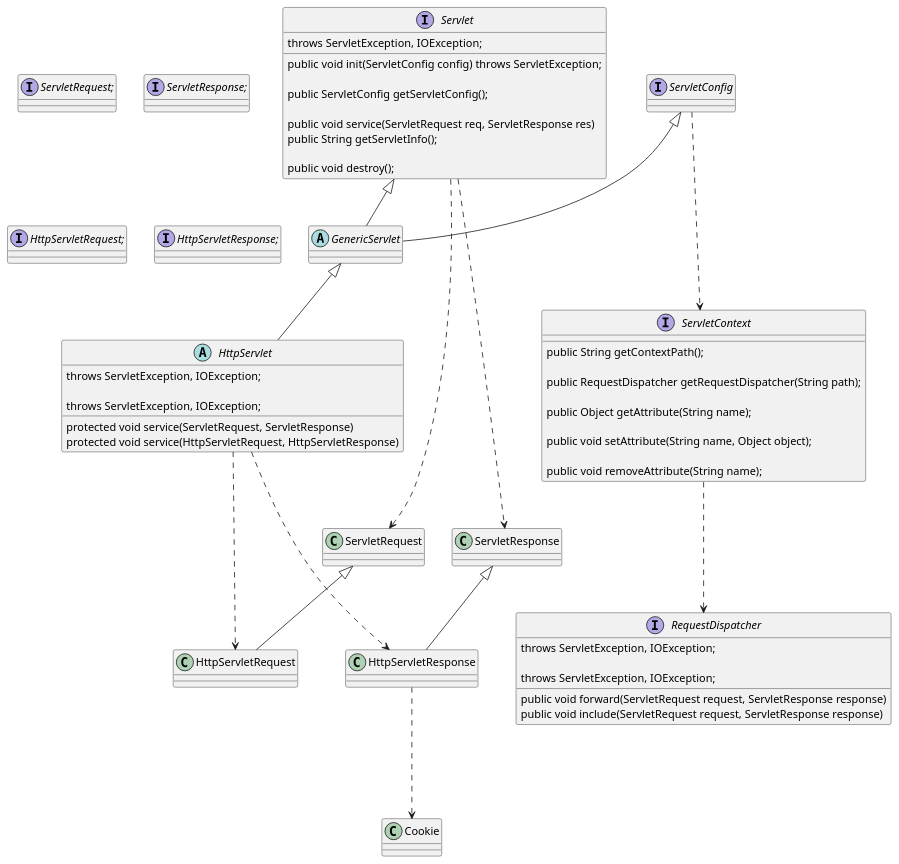
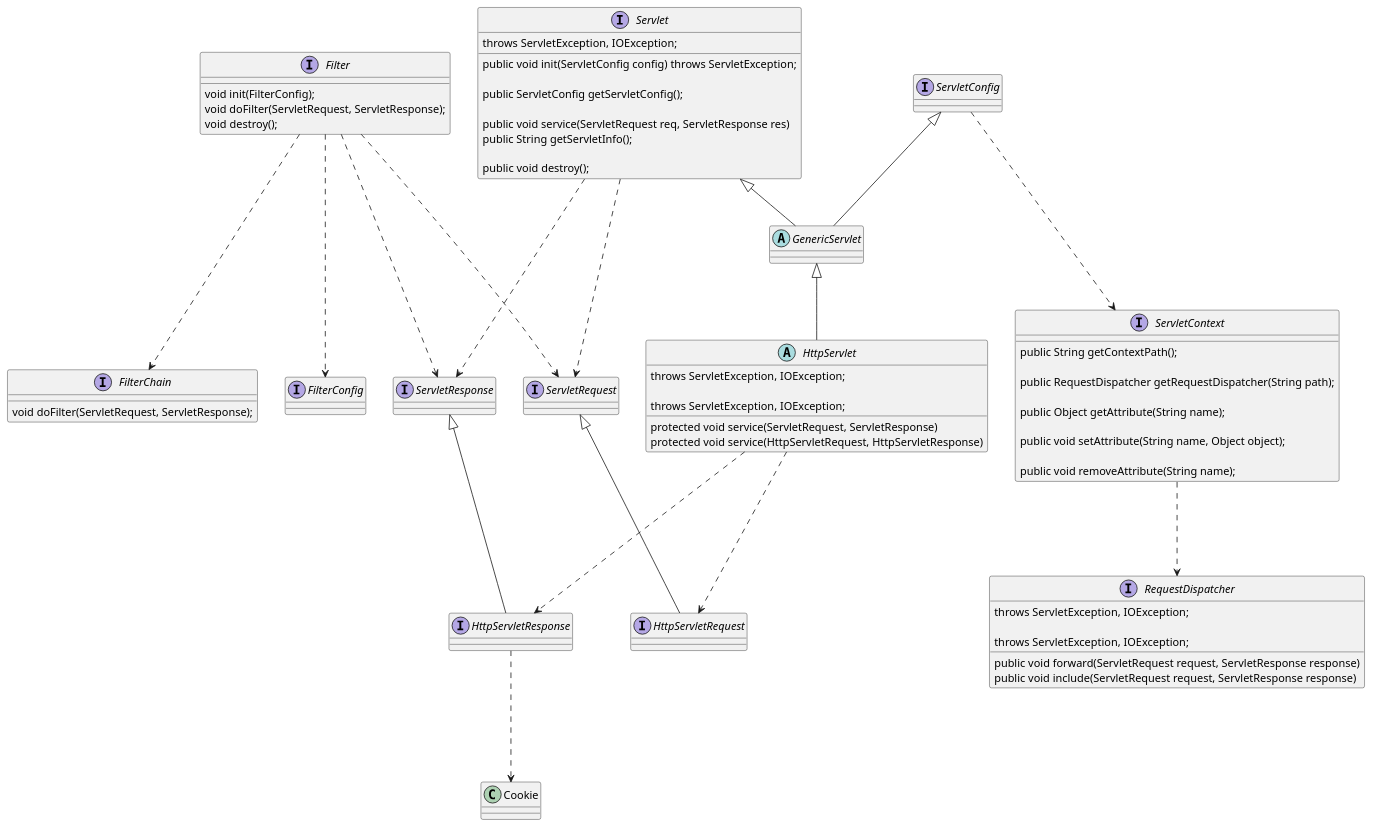
Before and after one commit to physicsLoveJava/java-miscellaneous: the diagram in casual-things/src/main/resources/framework-uml/java-sources/servlet/servlet.puml, drawn with PlantUML. The commit also changed 1 other file, not shown here.

Commit message:
add @java-sources servlet-filter

```diff
--- a/casual-things/src/main/resources/framework-uml/java-sources/servlet/servlet.puml
+++ b/casual-things/src/main/resources/framework-uml/java-sources/servlet/servlet.puml
@@ -1,70 +1,85 @@
 @startuml
 
 
 interface Servlet {
     public void init(ServletConfig config) throws ServletException;
 
     public ServletConfig getServletConfig();
 
     public void service(ServletRequest req, ServletResponse res)
     throws ServletException, IOException;
 
     public String getServletInfo();
 
     public void destroy();
 }
 
 interface ServletConfig
 
 abstract class GenericServlet
 
 abstract class HttpServlet {
     protected void service(ServletRequest, ServletResponse)
     throws ServletException, IOException;
 
     protected void service(HttpServletRequest, HttpServletResponse)
     throws ServletException, IOException;
 }
 
 interface ServletContext {
 
     public String getContextPath();
 
     public RequestDispatcher getRequestDispatcher(String path);
 
     public Object getAttribute(String name);
 
     public void setAttribute(String name, Object object);
 
     public void removeAttribute(String name);
 }
 
 interface RequestDispatcher {
     public void forward(ServletRequest request, ServletResponse response)
     	throws ServletException, IOException;
 
     public void include(ServletRequest request, ServletResponse response)
     	throws ServletException, IOException;
 }
 
-interface ServletRequest;
-interface ServletResponse;
-interface HttpServletRequest;
-interface HttpServletResponse;
+interface ServletRequest
+interface ServletResponse
+interface HttpServletRequest
+interface HttpServletResponse
+
+interface Filter {
+    void init(FilterConfig);
+    void doFilter(ServletRequest, ServletResponse);
+    void destroy();
+}
+
+interface FilterChain {
+    void doFilter(ServletRequest, ServletResponse);
+}
+
+interface FilterConfig
 
 Servlet <|-- GenericServlet
 ServletConfig <|-- GenericServlet
 GenericServlet <|-- HttpServlet
 ServletConfig .--> ServletContext
 ServletContext .--> RequestDispatcher
 ServletRequest <|-- HttpServletRequest
 ServletResponse <|-- HttpServletResponse
 Servlet .--> ServletRequest
 Servlet .--> ServletResponse
 HttpServlet .--> HttpServletRequest
 HttpServlet .--> HttpServletResponse
 HttpServletResponse .--> Cookie
 
-
+Filter .--> ServletRequest
+Filter .--> ServletResponse
+Filter .--> FilterChain
+Filter .--> FilterConfig
 
 @enduml
```
